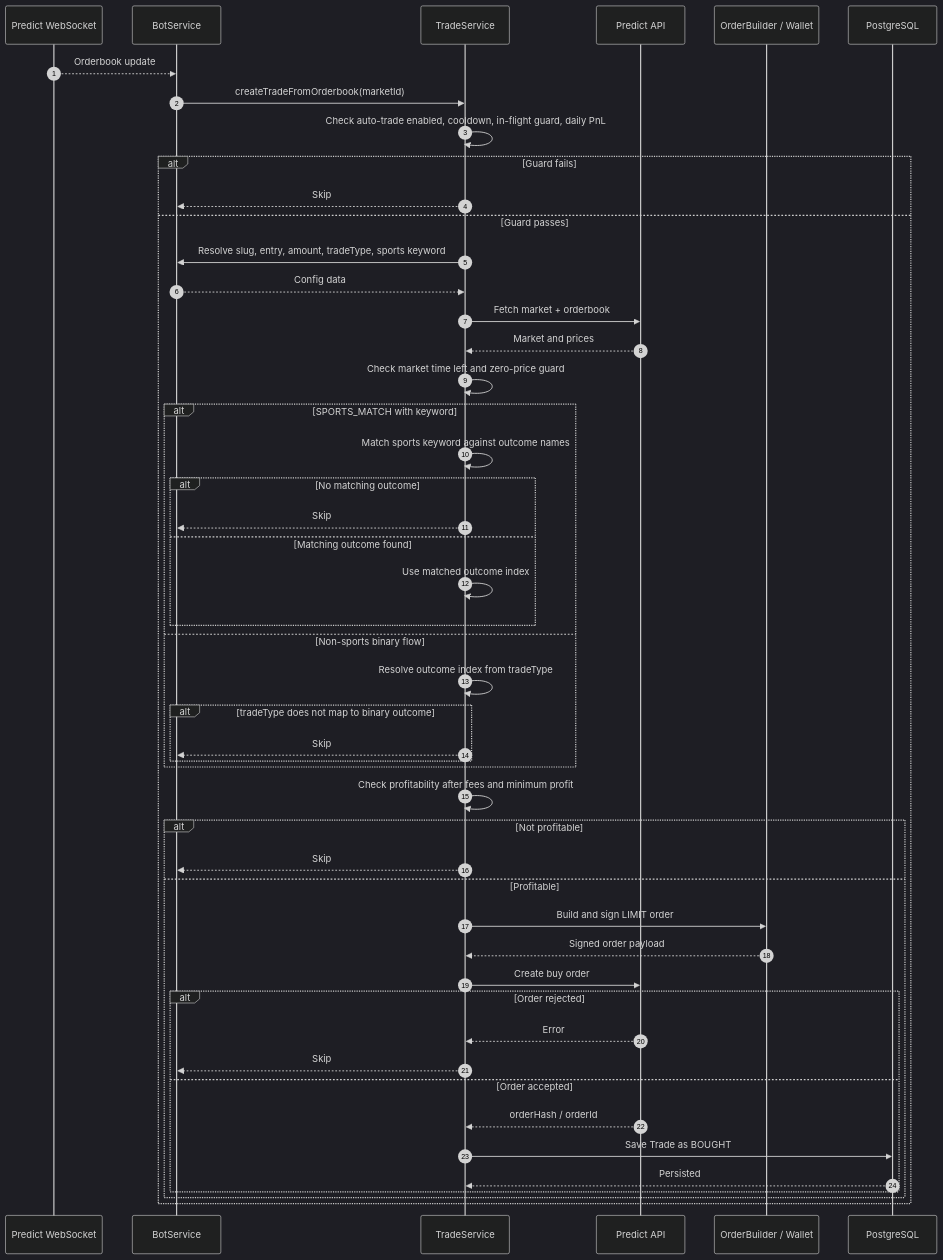
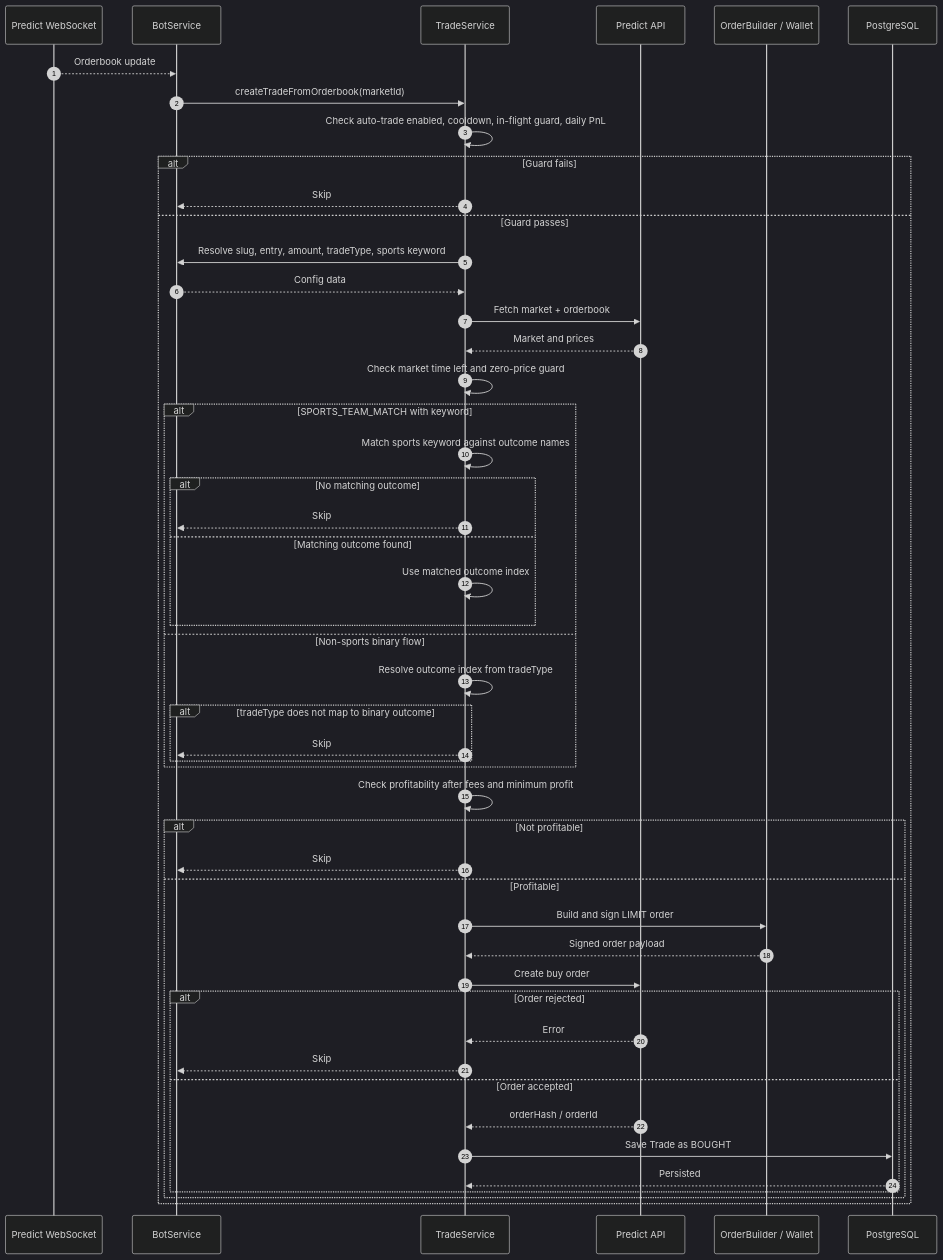
The first of 2 diagrams in docs/trading.md (blckfsh/prediction-market-trading-bot), drawn with Mermaid (dark theme) before and after one commit. The commit also changed other lines of this file and 17 other files, not shown here.

````diff
--- a/docs/trading.md
+++ b/docs/trading.md
@@ -109,53 +109,53 @@
 ```mermaid
 sequenceDiagram
   autonumber
 
   participant WS as Predict WebSocket
   participant Bot as BotService
   participant Trade as TradeService
   participant API as Predict API
   participant BSC as OrderBuilder / Wallet
   participant DB as PostgreSQL
 
   WS-->>Bot: Orderbook update
   Bot->>Trade: createTradeFromOrderbook(marketId)
   Trade->>Trade: Check auto-trade enabled, cooldown, in-flight guard, daily PnL
   alt Guard fails
     Trade-->>Bot: Skip
   else Guard passes
     Trade->>Bot: Resolve slug, entry, amount, tradeType, sports keyword
     Bot-->>Trade: Config data
     Trade->>API: Fetch market + orderbook
     API-->>Trade: Market and prices
     Trade->>Trade: Check market time left and zero-price guard
-    alt SPORTS_MATCH with keyword
+    alt SPORTS_TEAM_MATCH with keyword
       Trade->>Trade: Match sports keyword against outcome names
       alt No matching outcome
         Trade-->>Bot: Skip
       else Matching outcome found
         Trade->>Trade: Use matched outcome index
       end
     else Non-sports binary flow
       Trade->>Trade: Resolve outcome index from tradeType
       alt tradeType does not map to binary outcome
         Trade-->>Bot: Skip
       end
     end
     Trade->>Trade: Check profitability after fees and minimum profit
     alt Not profitable
       Trade-->>Bot: Skip
     else Profitable
       Trade->>BSC: Build and sign LIMIT order
       BSC-->>Trade: Signed order payload
       Trade->>API: Create buy order
       alt Order rejected
         API-->>Trade: Error
         Trade-->>Bot: Skip
       else Order accepted
         API-->>Trade: orderHash / orderId
         Trade->>DB: Save Trade as BOUGHT
         DB-->>Trade: Persisted
       end
     end
   end
 ```
````
